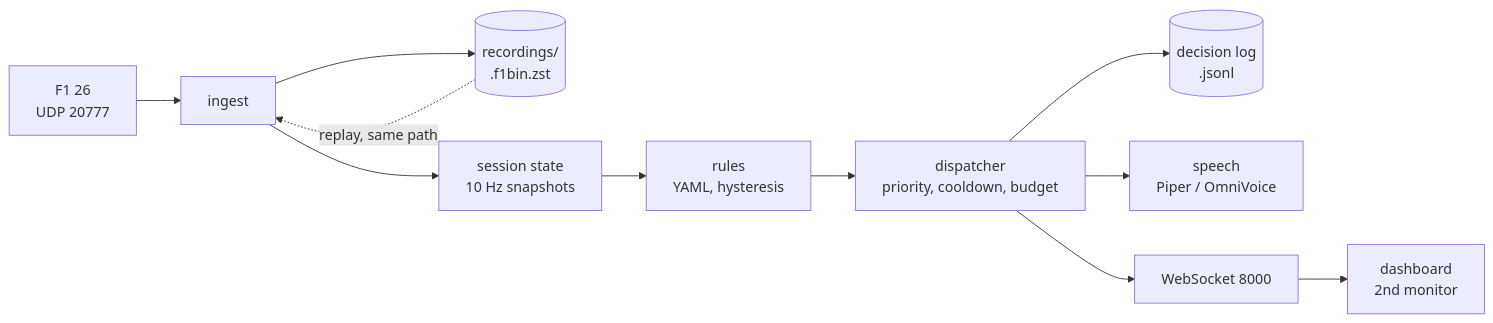
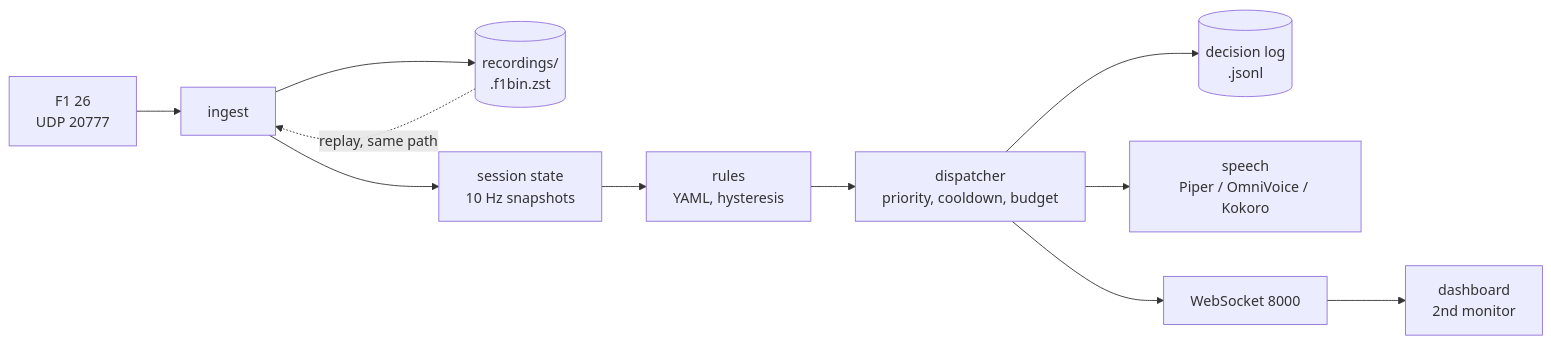
Before and after one commit to artsworks/f1-pitwall: the diagram in README.md, drawn with Mermaid. The commit also changed other lines of this file and 4 other files, not shown here.

````diff
--- a/README.md
+++ b/README.md
@@ -102,12 +103,12 @@
 ```mermaid
 flowchart LR
     game[F1 26<br/>UDP 20777] --> ingest
     ingest --> rec[(recordings/<br/>.f1bin.zst)]
     ingest --> state[session state<br/>10 Hz snapshots]
     state --> rules[rules<br/>YAML, hysteresis]
     rules --> disp[dispatcher<br/>priority, cooldown, budget]
     disp --> log[(decision log<br/>.jsonl)]
-    disp --> speech[speech<br/>Piper / OmniVoice]
+    disp --> speech[speech<br/>Piper / OmniVoice / Kokoro]
     disp --> ws[WebSocket 8000] --> ui[dashboard<br/>2nd monitor]
     rec -.replay, same path.-> ingest
 ```
````
